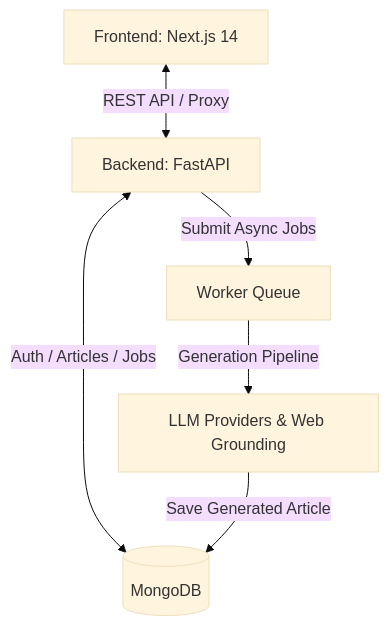
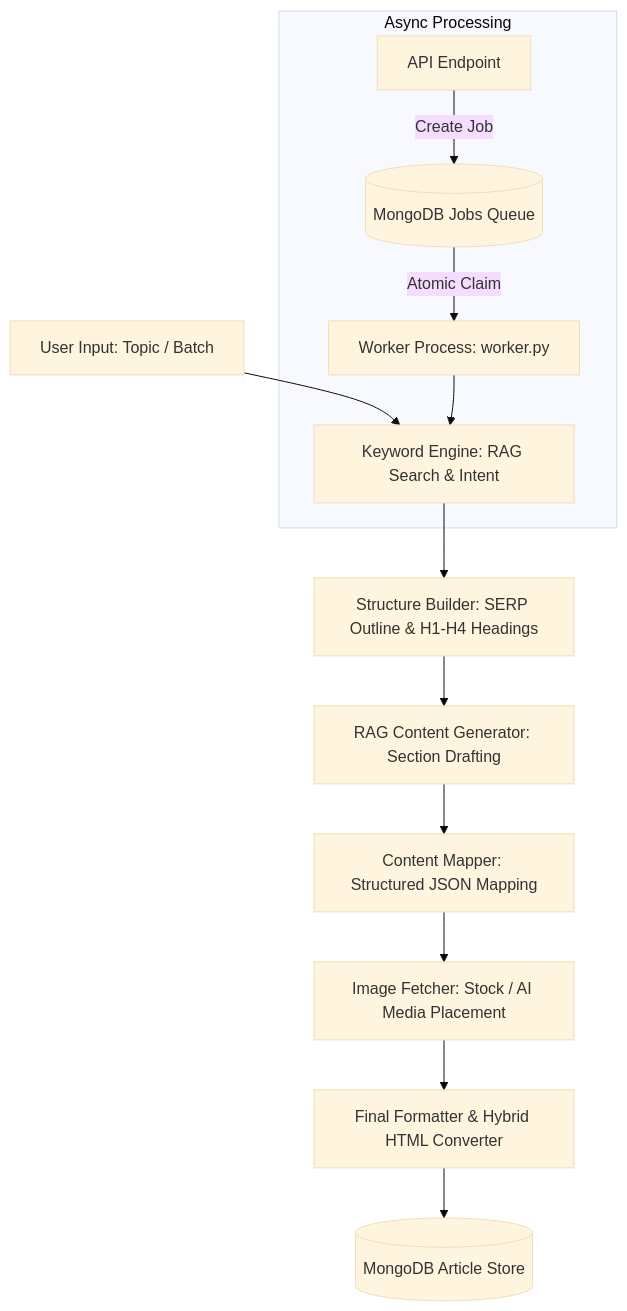
Before and after one commit to KushKK29/Article.ai: the diagram in README.md, drawn with Mermaid (base theme). The commit also changed other lines of this file, not shown here.

````diff
--- a/README.md
+++ b/README.md
@@ -39,8 +31,16 @@
 ```mermaid
 graph TD
-    A[Frontend: Next.js 14] <-->|REST API / Proxy| B[Backend: FastAPI]
-    B <-->|Auth / Articles / Jobs| C[(MongoDB)]
-    B -->|Submit Async Jobs| D[Worker Queue]
-    D -->|Generation Pipeline| E[LLM Providers & Web Grounding]
-    E -->|Save Generated Article| C
+    A[User Input: Topic / Batch] --> B[Keyword Engine: RAG Search & Intent]
+    B --> C[Structure Builder: SERP Outline & H1-H4 Headings]
+    C --> D[RAG Content Generator: Section Drafting]
+    D --> E[Content Mapper: Structured JSON Mapping]
+    E --> F[Image Fetcher: Stock / AI Media Placement]
+    F --> G[Final Formatter & Hybrid HTML Converter]
+    G --> H[(MongoDB Article Store)]
+
+    subgraph Async Processing
+        I[API Endpoint] -->|Create Job| J[(MongoDB Jobs Queue)]
+        J -->|Atomic Claim| K[Worker Process: worker.py]
+        K --> B
+    end
 ```
````
